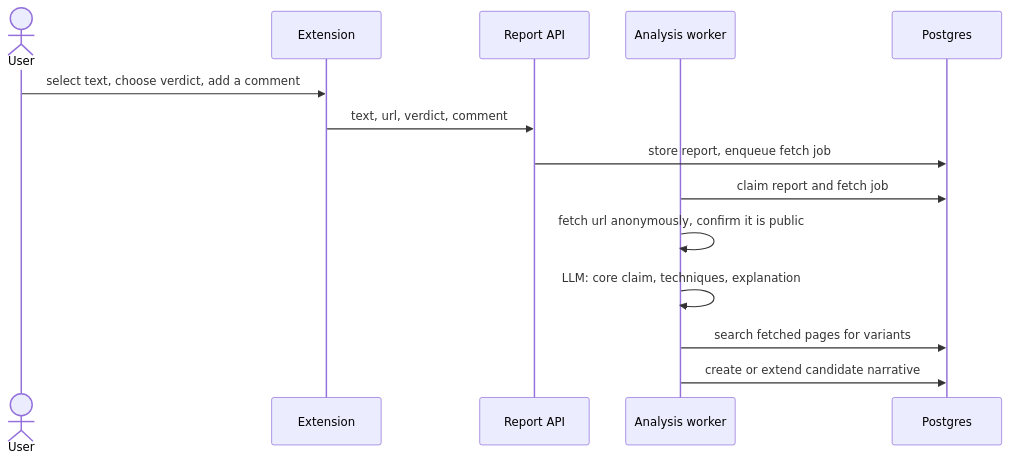
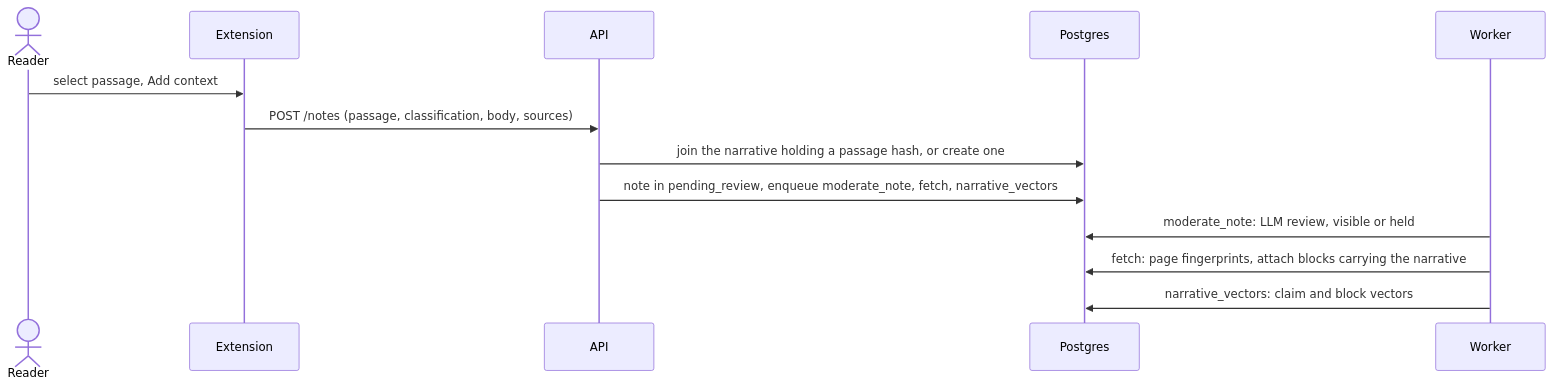
One commit to nlinnanen/konklaavi changed the second of 4 diagrams in docs/architecture.md. Above: the diagram before and after it, drawn with Mermaid. The commit also changed other lines of this file and 6 other files, not shown here.

Commit message:
docs: describe the context-notes product

````diff
--- a/docs/architecture.md
+++ b/docs/architecture.md
@@ -33,17 +42,16 @@
 ```mermaid
 sequenceDiagram
-  actor User
+  actor Reader
   participant Ext as Extension
-  participant API as Report API
-  participant A as Analysis worker
+  participant API
   participant DB as Postgres
+  participant W as Worker
 
-  User->>Ext: select text, choose verdict, add a comment
-  Ext->>API: text, url, verdict, comment
-  API->>DB: store report, enqueue fetch job
-  A->>DB: claim report and fetch job
-  A->>A: fetch url anonymously, confirm it is public
-  A->>A: LLM: core claim, techniques, explanation
-  A->>DB: search fetched pages for variants
-  A->>DB: create or extend candidate narrative
+  Reader->>Ext: select passage, Add context
+  Ext->>API: POST /notes (passage, classification, body, sources)
+  API->>DB: join the narrative holding a passage hash, or create one
+  API->>DB: note in pending_review, enqueue moderate_note, fetch, narrative_vectors
+  W->>DB: moderate_note: LLM review, visible or held
+  W->>DB: fetch: page fingerprints, attach blocks carrying the narrative
+  W->>DB: narrative_vectors: claim and block vectors
 ```
````
